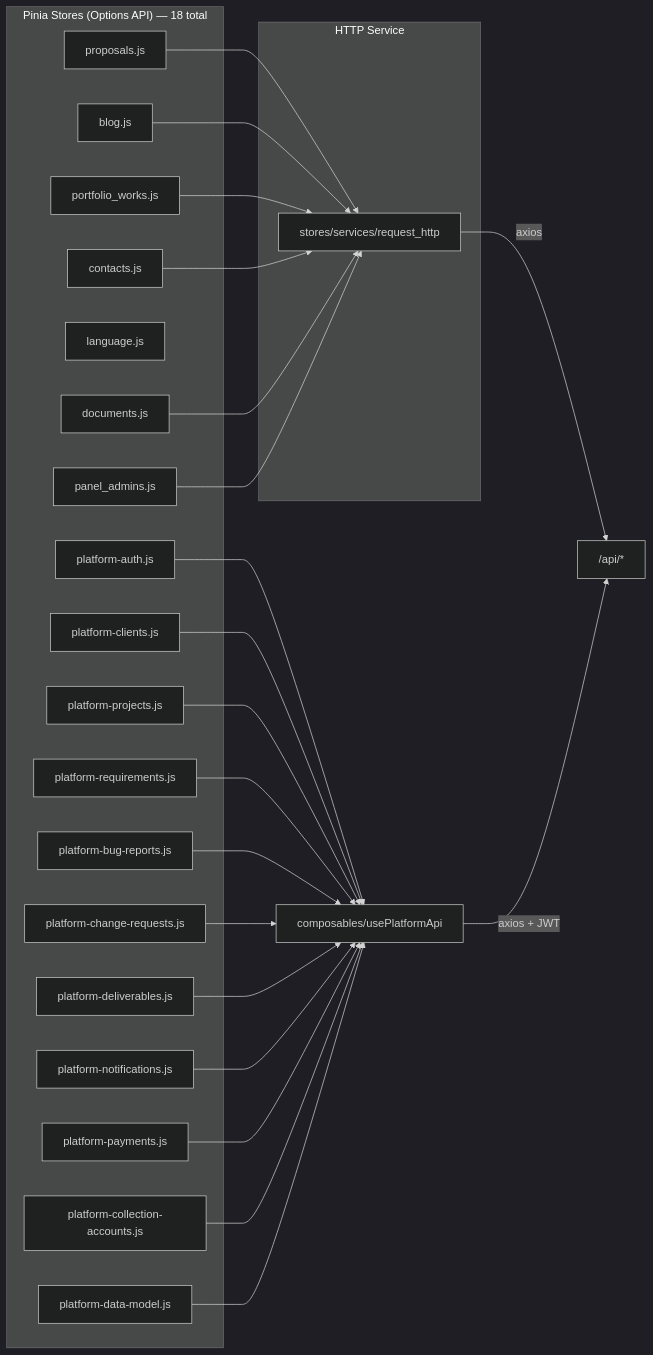
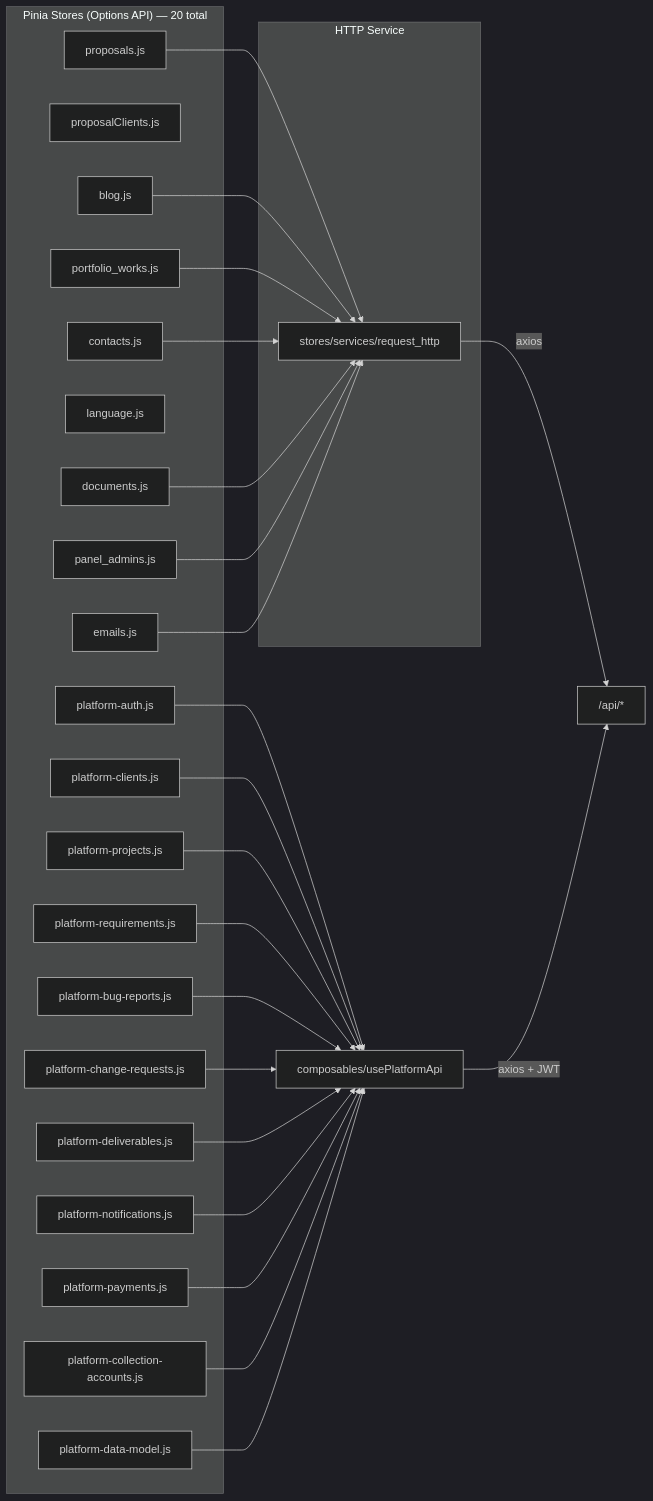
One commit to gustavop-dev/projectapp changed the seventh of 11 diagrams in docs/methodology/architecture.md. Above: the diagram before and after it, drawn with Mermaid (dark theme). The commit also changed other lines of this file and 435 other files, not shown here.

````diff
--- a/docs/methodology/architecture.md
+++ b/docs/methodology/architecture.md
@@ -301,48 +315,51 @@
 ```mermaid
 flowchart LR
-    subgraph Stores["Pinia Stores (Options API) — 18 total"]
+    subgraph Stores["Pinia Stores (Options API) — 20 total"]
         ProposalStore["proposals.js"]
+        ProposalClientsStore["proposalClients.js"]
         BlogStore["blog.js"]
         PortfolioStore["portfolio_works.js"]
         ContactStore["contacts.js"]
         LanguageStore["language.js"]
         DocumentStore["documents.js"]
         PanelAdmins["panel_admins.js"]
         PlatformAuth["platform-auth.js"]
         PlatformClients["platform-clients.js"]
         PlatformProjects["platform-projects.js"]
         PlatformRequirements["platform-requirements.js"]
         PlatformBugReports["platform-bug-reports.js"]
         PlatformChangeRequests["platform-change-requests.js"]
         PlatformDeliverables["platform-deliverables.js"]
         PlatformNotifications["platform-notifications.js"]
         PlatformPayments["platform-payments.js"]
         PlatformCollectionAccounts["platform-collection-accounts.js"]
         PlatformDataModel["platform-data-model.js"]
+        EmailsStore["emails.js"]
     end
 
     subgraph HTTP["HTTP Service"]
         RequestHTTP["stores/services/request_http"]
     end
 
     ProposalStore --> RequestHTTP
     BlogStore --> RequestHTTP
     PortfolioStore --> RequestHTTP
     ContactStore --> RequestHTTP
     DocumentStore --> RequestHTTP
     PanelAdmins --> RequestHTTP
     PlatformAuth --> PlatformHTTP["composables/usePlatformApi"]
     PlatformClients --> PlatformHTTP
     PlatformProjects --> PlatformHTTP
     PlatformRequirements --> PlatformHTTP
     PlatformBugReports --> PlatformHTTP
     PlatformChangeRequests --> PlatformHTTP
     PlatformDeliverables --> PlatformHTTP
     PlatformNotifications --> PlatformHTTP
     PlatformPayments --> PlatformHTTP
     PlatformCollectionAccounts --> PlatformHTTP
     PlatformDataModel --> PlatformHTTP
+    EmailsStore --> RequestHTTP
 
     RequestHTTP -->|axios| API["/api/*"]
     PlatformHTTP -->|axios + JWT| API
 ```
````
